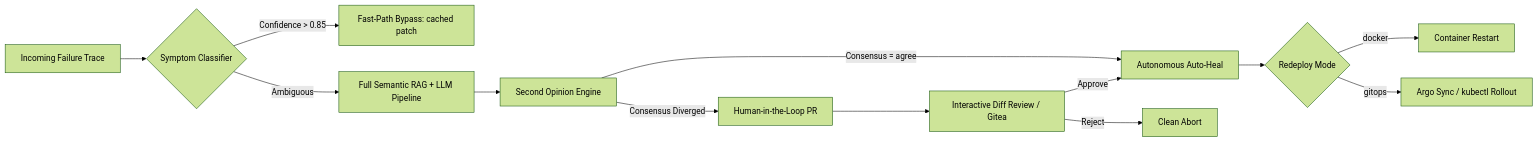
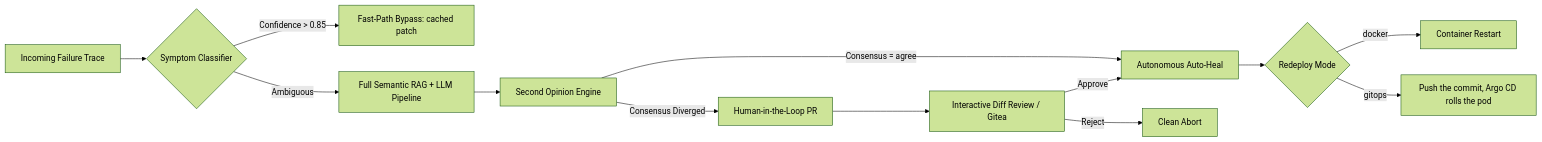
The second of 2 diagrams in README.md (andrijajovanovic98/inception-of-wisdom), drawn with Mermaid (forest theme) before and after one commit. The commit also changed other lines of this file and 42 other files, not shown here.

````diff
--- a/README.md
+++ b/README.md
@@ -198,15 +202,15 @@
 ```mermaid
 graph LR
     A[Incoming Failure Trace] --> B{Symptom Classifier}
     B -->|Confidence > 0.85| C[Fast-Path Bypass: cached patch]
     B -->|Ambiguous| D[Full Semantic RAG + LLM Pipeline]
     D --> E[Second Opinion Engine]
     E -->|Consensus = agree| F[Autonomous Auto-Heal]
     E -->|Consensus Diverged| G[Human-in-the-Loop PR]
     G --> H[Interactive Diff Review / Gitea]
     H -->|Approve| F
     H -->|Reject| I[Clean Abort]
     F --> J{Redeploy Mode}
     J -->|docker| K[Container Restart]
-    J -->|gitops| L[Argo Sync / kubectl Rollout]
+    J -->|gitops| L[Push the commit, Argo CD rolls the pod]
 ```
````
